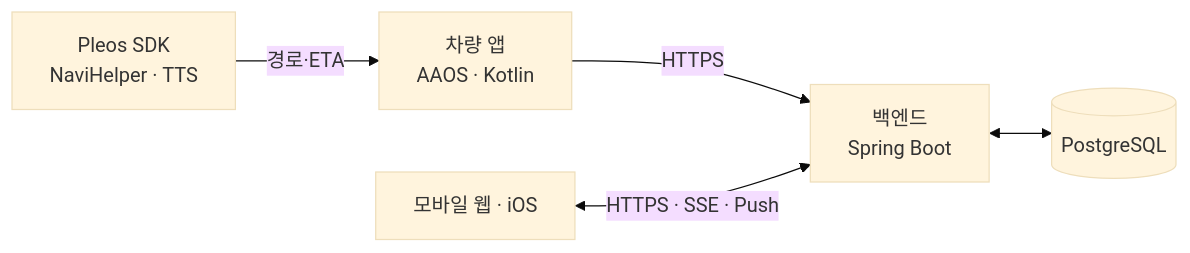
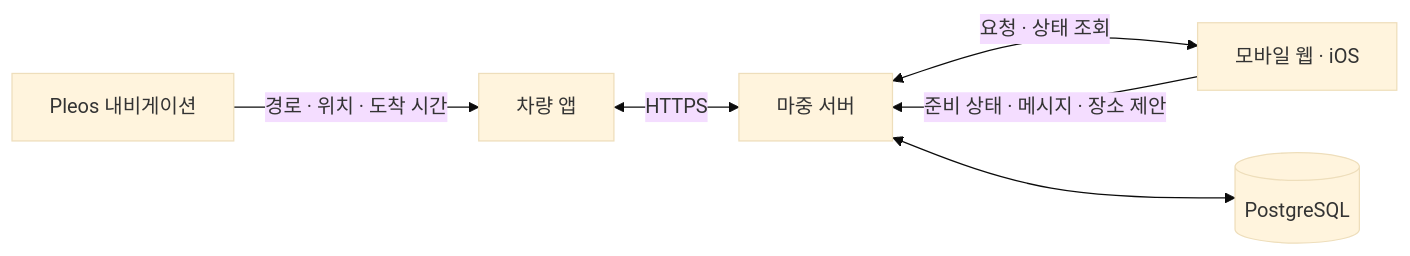
Before and after one commit to majung-team/majung: the diagram in README.md, drawn with Mermaid (base theme). The commit also changed other lines of this file, not shown here.

````diff
--- a/README.md
+++ b/README.md
@@ -34,7 +35,8 @@
 ```mermaid
 flowchart LR
-    SDK["Pleos SDK<br/>NaviHelper · TTS"] -->|"경로·ETA"| Vehicle["차량 앱<br/>AAOS · Kotlin"]
-    Vehicle -->|"HTTPS"| API["백엔드<br/>Spring Boot"]
-    Client["모바일 웹 · iOS"] <-->|"HTTPS · SSE · Push"| API
-    API <--> DB[("PostgreSQL")]
+    Navi["Pleos 내비게이션"] -->|"경로 · 위치 · 도착 시간"| Vehicle["차량 앱"]
+    Vehicle <-->|"HTTPS"| Server["마중 서버"]
+    Server <-->|"요청 · 상태 조회"| Client["모바일 웹 · iOS"]
+    Client -->|"준비 상태 · 메시지 · 장소 제안"| Server
+    Server <--> DB[("PostgreSQL")]
 ```
````
